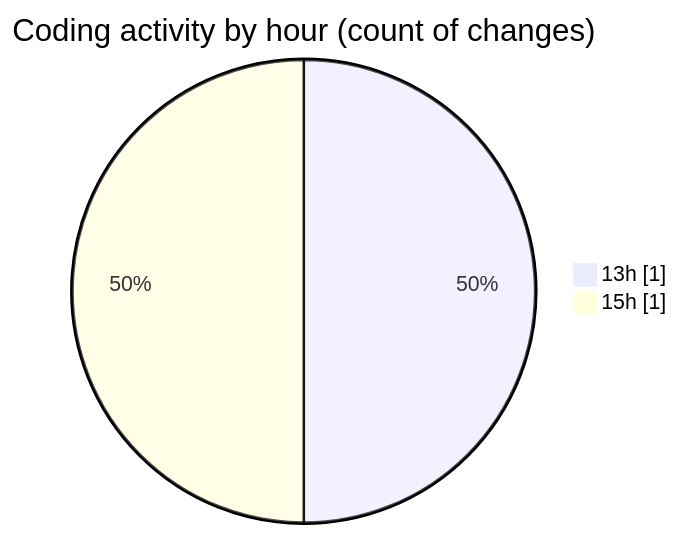
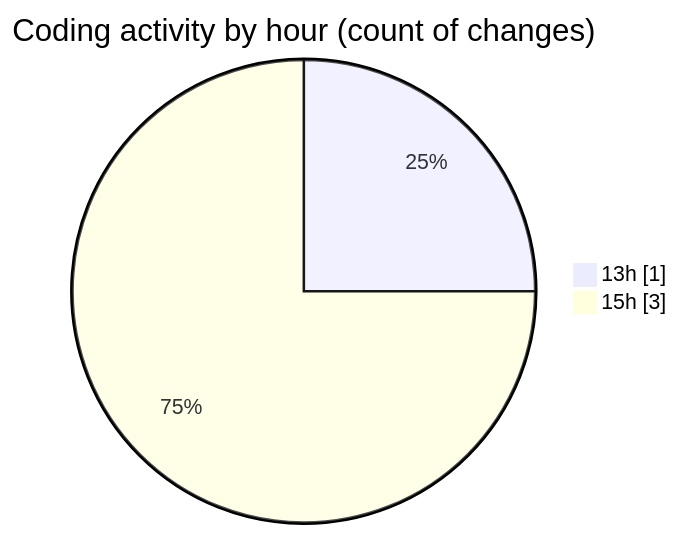
One commit to nxtqubesakshisongat/code-tracking changed the second of 2 diagrams in 2025-04-09/nxtqube_webapp/README.md. Above: the diagram before and after it, drawn with Mermaid. The commit also changed other lines of this file and 1 other file, not shown here.

````diff
--- a/2025-04-09/nxtqube_webapp/README.md
+++ b/2025-04-09/nxtqube_webapp/README.md
@@ -29,6 +31,6 @@
 ```mermaid
 pie showData
 title Coding activity by hour (count of changes)
 "13h" : 1
-"15h" : 1
+"15h" : 3
 ```
````
